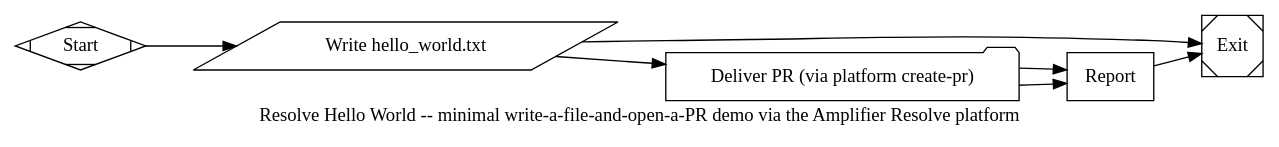
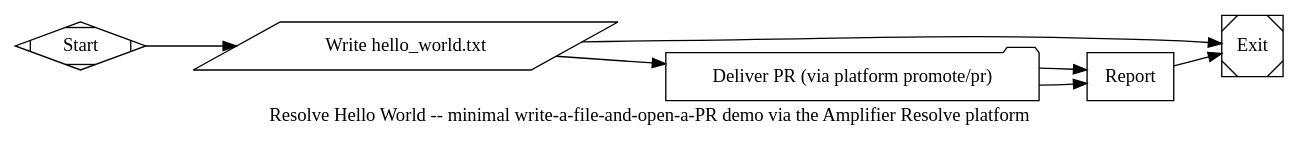
One commit to kenotron-ms/attractor-pipelines changed the diagram in pipelines/resolve_hello_world/resolve_hello_world.dot. Above: the diagram before and after it, drawn with Graphviz. The commit also changed 1 other file, not shown here.

First paragraph of the commit message:
fix: correct PR delivery mechanism in resolve_hello_world pipeline (#9)
Replace broken gh-cli create-pr approach (failed when origin is Gitea mirror,
not real GitHub) with the proven platform promote/pr endpoint pattern from
amplifier-resolver-dot-graph.

```diff
--- a/pipelines/resolve_hello_world/resolve_hello_world.dot
+++ b/pipelines/resolve_hello_world/resolve_hello_world.dot
@@ -1,136 +1,140 @@
 // resolve_hello_world.dot
 //
 // Resolve-platform-flavored sibling of pipelines/hello_world/hello_world.dot.
 // Same minimal shape (write -> commit/push -> open PR), but this variant is
 // deliberately NOT portable across engines -- it leans on Amplifier Resolve
 // platform mechanism as much as possible instead of staying engine-agnostic:
 //
 //   - Clone: NOT a pipeline step. Driven by the standard `repo_url`
 //     instantiation param every dot-graph resolver pipeline gets for free,
 //     resolved via the resolver's workspace_spec() before Start ever fires.
 //   - Migrate to Gitea: NOT a pipeline step. workspace_spec() requests a
 //     Gitea sidecar for the instance; the platform mirrors the target repo
 //     into it before the worker container starts. By the time WriteHelloWorld
 //     runs, `origin` already points at the Gitea mirror, not upstream GitHub.
-//   - PR delivery: uses the platform's provider-agnostic
-//     /usr/local/bin/create-pr script (injected into every worker container
-//     by amplifier-resolve's git_provider.py) instead of raw `gh`/`curl`.
-//     It resolves GitHub-vs-Gitea destination and auth (GitHub App
-//     installation token first, PAT fallback) from the container's
-//     GIT_PROVIDER / GIT_PROVIDER_HOST env -- this pipeline never touches
-//     credentials directly.
+//   - PR delivery: calls the platform's internal
+//     POST /internal/instances/{id}/repos/{repo}/promote/pr endpoint
+//     (amplifier-resolve's routes/internal.py) instead of `create-pr`/`gh`.
+//     The SERVER re-materializes the branch this pipeline already pushed
+//     to the Gitea sidecar (`git checkout -B <branch> origin/<branch>` --
+//     this only works because the pipeline pushed it first) and force-
+//     pushes it to the real GitHub repo using the platform's own
+//     credentials -- this pipeline never touches GitHub credentials
+//     directly, and never calls `gh`/`create-pr` (which cannot resolve a
+//     Gitea-mirror origin to a real GitHub destination at all).
 //
 // Use pipelines/hello_world/hello_world.dot instead if you need this pipeline
-// to run outside an Amplifier Resolve worker container (create-pr will not
-// exist there).
+// to run outside an Amplifier Resolve worker container (the promote/pr
+// endpoint will not exist there).
 //
 // Context inputs:
 //   $repo   - target repo slug (owner/name), same convention as hello_world.
 //
 // Context outputs:
 //   delivery.pr_url  - PR URL, set by DeliverPRResolve subgraph
 //   delivery.result  - "opened" | "failed"
 //
 // Submitting this job correctly (REQUIRED for real PR delivery):
 //
 // PR delivery only works if the RESOLVE INSTANCE ITSELF is submitted with
 // two specific instantiation params, on top of `repo_url` -- this is a
 // platform-level requirement enforced by amplifier-resolve's
 // POST /internal/instances/{id}/repos/{repo}/promote/pr endpoint, not
 // something this pipeline can request after the instance is already
 // running:
 //
 //   delivery_mode: "promote"
 //     Without this, the promote/pr endpoint refuses with HTTP 409
 //     "Promotion was not requested" (routes/internal.py).
 //   branch_name: "resolve/<repo-name>-<first-8-chars-of-instance-id>"
 //     Optional -- if omitted, the platform derives this exact value
 //     itself as the expected branch. Supplying it explicitly is only
 //     useful if you need to know the branch name before the instance
 //     starts. If the branch actually pushed doesn't match this pattern
 //     exactly, the endpoint 422s with "Promotion branch does not match
 //     submitted instance."
 //
 // In natural language, correctly submitting this job looks like:
 //
 //   "Submit a dot-graph job using pipeline
 //   git+https://github.com/kenotron-ms/attractor-pipelines@main#subdirectory=pipelines/resolve_hello_world/resolve_hello_world.dot,
 //   against repo_url=<target-repo-https-url>, with delivery_mode=promote.
 //   Let the platform derive branch_name itself unless you have a reason
 //   to pin it."
 //
 // See resolve_hello_world.md (this folder) for the full walkthrough,
 // worked examples, and exact remote.py / amplifier-resolve CLI
 // invocations. This pipeline is meant to be the reference example for
 // how a remote dot-graph pipeline delivers a real GitHub PR -- read that
 // doc before adapting this pattern into a new pipeline.
 
 digraph resolve_hello_world {
   graph [
     label="Resolve Hello World -- minimal write-a-file-and-open-a-PR demo via the Amplifier Resolve platform",
     goal="$repo",
     rankdir=LR,
     default_max_retry=2,
     default_fidelity="summary:high",
     model_stylesheet="* { llm_model: claude-sonnet-4-6; llm_provider: anthropic; }"
   ];
 
   Start [shape=Mdiamond, label="Start"];
   Exit  [shape=Msquare,  label="Exit"];
 
-  // Deterministic tool node -- creates the branch and writes the file via
-  // a real shell command, not LLM judgment.
+  // Deterministic tool node -- computes the branch name the platform's
+  // promote/pr endpoint expects, creates that branch, and writes the file.
   //
-  // This was previously a `shape=box, goal_gate=true` LLM node whose prompt
-  // only asked for a prose confirmation ("Print the single line:
-  // hello_world_written"). Per the attractor engine's fail-closed goal-gate
-  // contract (specs/EXTENSIONS.md Sec25; context/engine-semantics.md Sec5),
-  // a goal_gate=true node MUST provide an explicit verdict (a
-  // `report_outcome` call, JSON, or a tool node's own exit code) -- plain
-  // prose falls through to the RETRY path no matter what it says. That LLM
-  // node retried out (default_max_retry=2 => 3 attempts) and then hit the
-  // "FAIL does not traverse plain edges" rule (engine-semantics.md Sec2
-  // #2: WriteHelloWorld -> DeliverPRResolve was an unconditional edge),
-  // producing PIPELINE_ERROR error_type=no_matching_edge -- observed
-  // directly on a real staging run (instance 3c3689b633a8).
+  // Branch naming is NOT arbitrary. amplifier-resolve's promote/pr endpoint
+  // (routes/internal.py) requires the pushed branch to exactly match either
+  // an explicitly-submitted `branch_name` instantiation param, or its own
+  // server-computed default `resolve/<repo-name>-<instance_id[:8]>` -- any
+  // other branch name gets a 422 "Promotion branch does not match submitted
+  // instance" later, in the DeliverPRResolve subgraph. Confirmed by reading
+  // routes/internal.py directly (`expected_branch = configured_branch or
+  // f"resolve/{repo_name}-{instance_id[:8]}"`). See resolve_hello_world.md
+  // for the full submission recipe.
   //
-  // Fixed by moving goal_gate onto a parallelogram/tool node whose exit
-  // code IS the verdict (engine-semantics.md Sec5, the `is_explicit` rule),
-  // using the canonical `cmd && printf ok || printf fail` idiom routed on
-  // context.tool.last_line (engine-semantics.md Sec3). Literal shell `$` is
-  // escaped as `$$` per the engine's own substitution rule (Sec4) so the
-  // pipeline's variable-expansion pass doesn't touch it.
+  // Uses tool_env="branch_name" (not $ substitution) to read an optional
+  // submitted branch_name param as a real env var, matching the convention
+  // used throughout this repo's other promote-based subgraphs
+  // (subgraphs/deliver_promote.dot's PushPromoteBranch/CallPromotePR).
+  //
+  // This node is also where the prior goal_gate anti-pattern was fixed
+  // (see git history) -- shape=parallelogram means the exit code IS the
+  // goal_gate verdict (engine-semantics.md Sec5's `is_explicit` rule), no
+  // LLM judgment involved.
   WriteHelloWorld [
     shape=parallelogram, goal_gate=true,
     label="Write hello_world.txt",
-    tool_command="BRANCH=hello-world-resolve-$$(date -u +%Y%m%d%H%M%S); git rev-parse --is-inside-work-tree >/dev/null 2>&1 && git checkout -b \"$$BRANCH\" >/dev/null 2>&1; printf 'Hello, World!\n\nThis file was created by the resolve_hello_world pipeline in kenotron-ms/attractor-pipelines -- a minimal end-to-end demo that leans on the Amplifier Resolve platform (clone / Gitea-migrate / create-pr) mechanism as much as possible.\n' > hello_world.txt; test -f hello_world.txt && printf ok || printf fail"
+    tool_env="branch_name",
+    tool_command="#!/bin/sh\nset -e\ncat > /tmp/write_hello_world.py <<'PYEOF'\nimport json, os, subprocess, sys\nwork_dir = '/project/workspace'\nraw_url = subprocess.run(['git', '-C', work_dir, 'remote', 'get-url', 'origin'], check=True, capture_output=True, text=True).stdout.strip()\nurl = raw_url\nif '://' in url and '@' in url:\n    scheme_end = url.index('://') + 3\n    at_pos = url.index('@', scheme_end)\n    url = url[:scheme_end] + url[at_pos + 1:]\nif url.endswith('.git'):\n    url = url[:-4]\nrepo_name = url.rstrip('/').split('/')[-1]\nbranch_name_env = (os.environ.get('BRANCH_NAME') or '').strip()\nif branch_name_env:\n    branch = branch_name_env\nelse:\n    instance_id = ''\n    try:\n        with open('/project/.resolve/config.json') as f:\n            instance_id = (json.load(f).get('instance_id') or '').strip()\n    except Exception:\n        instance_id = ''\n    branch = ('resolve/' + repo_name + '-' + instance_id[:8]) if instance_id else repo_name\nsubprocess.run(['git', '-C', work_dir, 'checkout', '-B', branch], check=True, stdout=sys.stderr, stderr=sys.stderr)\ncontent = ('Hello, World!\\n\\nThis file was created by the resolve_hello_world pipeline in kenotron-ms/attractor-pipelines -- a minimal end-to-end demo that leans on the Amplifier Resolve platform (clone / Gitea-migrate / promote-pr) mechanism as much as possible.\\n')\nwith open(os.path.join(work_dir, 'hello_world.txt'), 'w') as f:\n    f.write(content)\nok = os.path.isfile(os.path.join(work_dir, 'hello_world.txt'))\nprint('[write-hello-world] branch=' + branch + ' file_written=' + str(ok), file=sys.stderr)\nprint('ok' if ok else 'fail')\nPYEOF\n/opt/uv-tools/amplifier/bin/python /tmp/write_hello_world.py"
   ];
 
   // Reuses the same shape=folder delegation pattern as hello_world.dot's
   // DeliverPR, but the subgraph itself swaps the portable gh/curl delivery
-  // mechanism for the platform's create-pr script.
+  // mechanism for the platform's internal promote/pr endpoint.
   DeliverPRResolve [
-    shape=folder, label="Deliver PR (via platform create-pr)",
+    shape=folder, label="Deliver PR (via platform promote/pr)",
     dot_file="subgraphs/deliver_pr_resolve.dot",
     outputs="delivery.pr_url,delivery.result"
   ];
 
   // Plain reporting step -- no goal to gate here (nothing downstream
   // depends on this node's own verdict; Report -> Exit is unconditional),
   // so goal_gate is correctly omitted. Per engine-semantics.md Sec5,
   // ordinary (non-goal_gate) box nodes get SUCCESS on prose completion --
   // this node's prior goal_gate=true was the same misapplied pattern as
   // WriteHelloWorld's, just never reached by a real run (yet).
   Report [
     shape=box, fidelity="summary:high",
     label="Report",
     prompt="Report the outcome: if ${delivery.result} is 'opened', state the PR URL (${delivery.pr_url}) plainly. If it's 'failed', say so plainly and do not claim success."
   ];
 
   Start            -> WriteHelloWorld;
   WriteHelloWorld  -> DeliverPRResolve [condition="context.tool.last_line=ok"];
   WriteHelloWorld  -> Exit             [condition="context.tool.last_line=fail"];
   DeliverPRResolve -> Report [condition="context.delivery.result=opened", weight="2"];
   DeliverPRResolve -> Report [condition="context.delivery.result=failed"];
   Report           -> Exit;
 }
```
